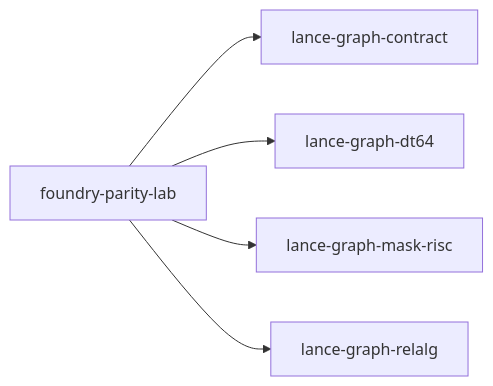
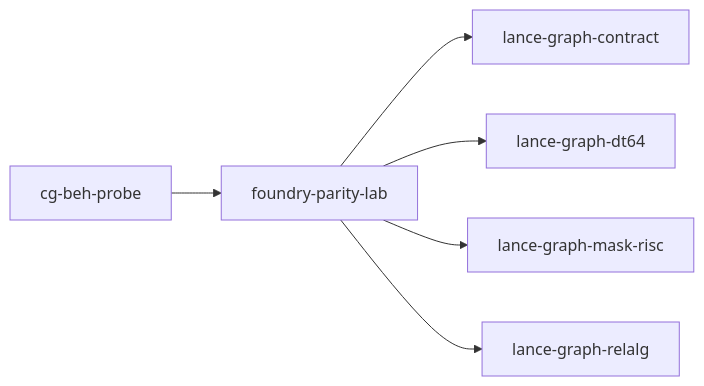
Before and after one commit to AdaWorldAPI/lance-graph: the diagram in .codegraph/crates/foundry-parity-lab.index.md, drawn with Mermaid. The commit also changed other lines of this file and 110 other files, not shown here.

````diff
--- a/.codegraph/crates/foundry-parity-lab.index.md
+++ b/.codegraph/crates/foundry-parity-lab.index.md
@@ -263,12 +264,14 @@
 ```mermaid
 flowchart LR
-  n18["foundry-parity-lab"]
-  n39["lance-graph-contract"]
-  n42["lance-graph-dt64"]
-  n47["lance-graph-mask-risc"]
-  n60["lance-graph-relalg"]
-  n18 --> n39
-  n18 --> n42
-  n18 --> n47
-  n18 --> n60
+  n4["cg-beh-probe"]
+  n19["foundry-parity-lab"]
+  n40["lance-graph-contract"]
+  n43["lance-graph-dt64"]
+  n48["lance-graph-mask-risc"]
+  n61["lance-graph-relalg"]
+  n4 --> n19
+  n19 --> n40
+  n19 --> n43
+  n19 --> n48
+  n19 --> n61
 ```
````
